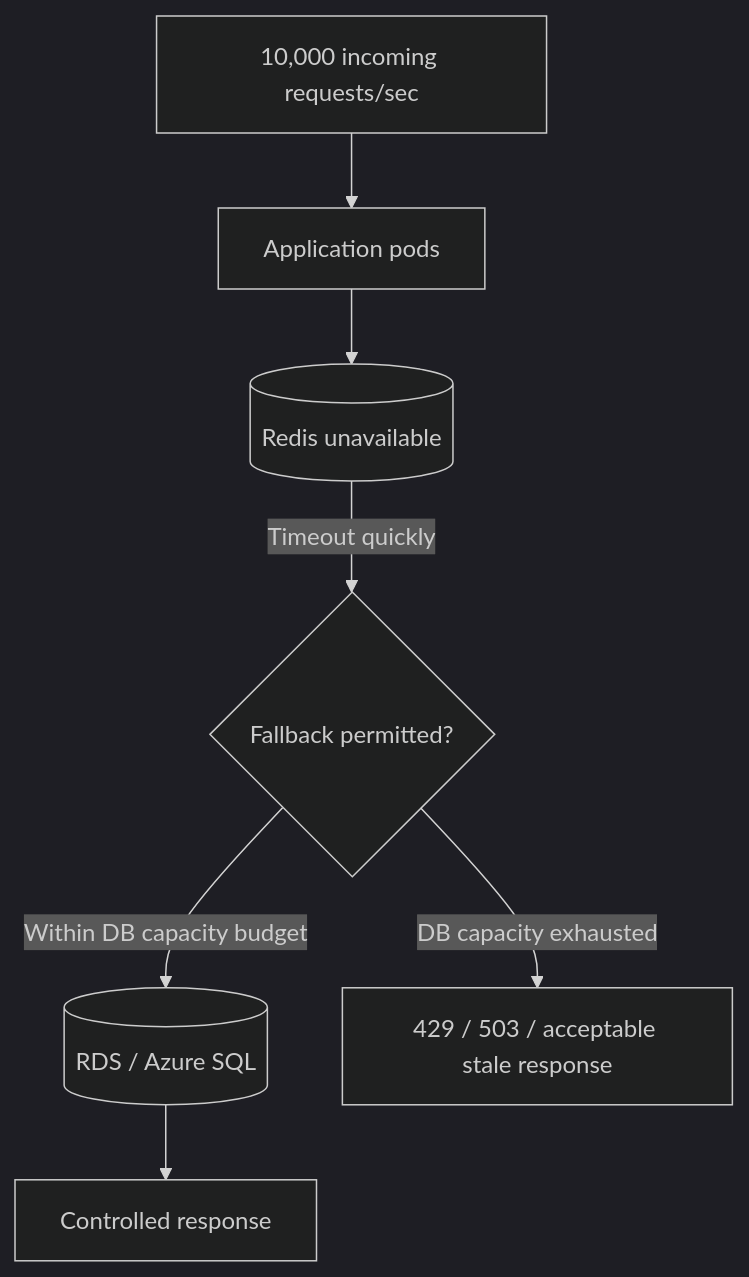
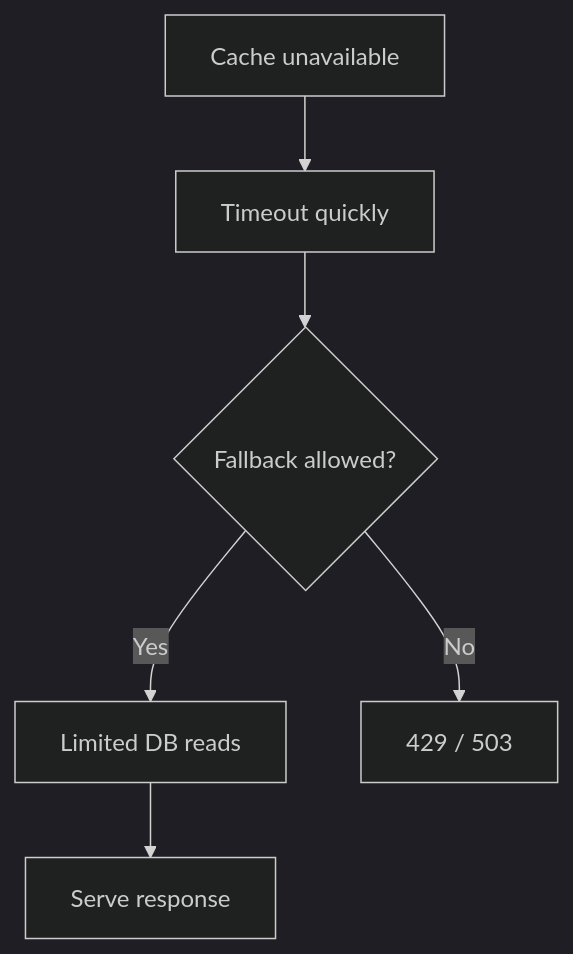
Diagram 11 of 14 in system_design_notes/04_caching_strategies_redis_ha_failure_recovery_interview_notes.md (Johnybritto/system_design), drawn with Mermaid (dark theme) before and after one commit. The commit also changed other lines of this file, not shown here.

Commit message:
docs: align caching guide with chat Q&A and simplify Mermaid diagrams

````diff
--- a/system_design_notes/04_caching_strategies_redis_ha_failure_recovery_interview_notes.md
+++ b/system_design_notes/04_caching_strategies_redis_ha_failure_recovery_interview_notes.md
@@ -311,14 +325,8 @@
 ```mermaid
 flowchart TD
-  A["10,000 incoming requests/sec"]
-  B["Application pods"]
-  C[("Redis unavailable")]
-  D{"Fallback permitted?"}
-  E[("RDS / Azure SQL")]
-  F["Controlled response"]
-  G["429 / 503 / acceptable stale response"]
-  A --> B --> C
-  C -->|"Timeout quickly"| D
-  D -->|"Within DB capacity budget"| E --> F
-  D -->|"DB capacity exhausted"| G
+  A["Cache unavailable"] --> B["Timeout quickly"]
+  B --> C{"Fallback allowed?"}
+  C -->|Yes| D["Limited DB reads"]
+  C -->|No| E["429 / 503"]
+  D --> F["Serve response"]
 ```
````
